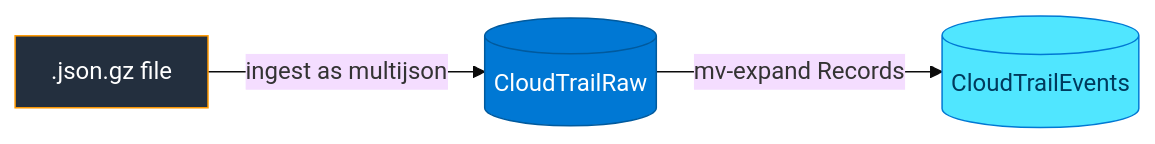
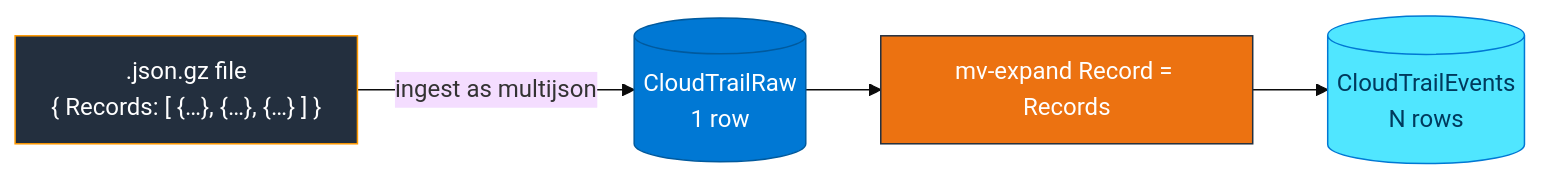
Before and after one commit to atingupta2005/adx-aws-training-aug-26: the third of 3 diagrams in Module_02_AWS_CloudTrail/02_CloudTrail_to_ADX_Concepts.md, drawn with Mermaid. The commit also changed other lines of this file and 6 other files, not shown here.

````diff
--- a/Module_02_AWS_CloudTrail/02_CloudTrail_to_ADX_Concepts.md
+++ b/Module_02_AWS_CloudTrail/02_CloudTrail_to_ADX_Concepts.md
@@ -78,12 +140,15 @@
 ```mermaid
 %%{init: {"theme":"base","flowchart":{"htmlLabels":true,"padding":12}}}%%
 flowchart LR
-  GZ[".json.gz file"]
-  RAW[("CloudTrailRaw")]
-  EVT[("CloudTrailEvents")]
+  GZ[".json.gz file<br/>{ Records: [ {…}, {…}, {…} ] }"]
+  RAW[("CloudTrailRaw<br/>1 row")]
+  EXPAND["mv-expand Record = Records"]
+  EVT[("CloudTrailEvents<br/>N rows")]
   GZ -->|"ingest as multijson"| RAW
-  RAW -->|"mv-expand Records"| EVT
+  RAW --> EXPAND
+  EXPAND --> EVT
   style GZ fill:#232F3E,stroke:#FF9900,color:#fff
   style RAW fill:#0078D4,stroke:#005A9E,color:#fff
+  style EXPAND fill:#EC7211,stroke:#232F3E,color:#fff
   style EVT fill:#50E6FF,stroke:#0078D4,color:#003A5D
 ```
````
